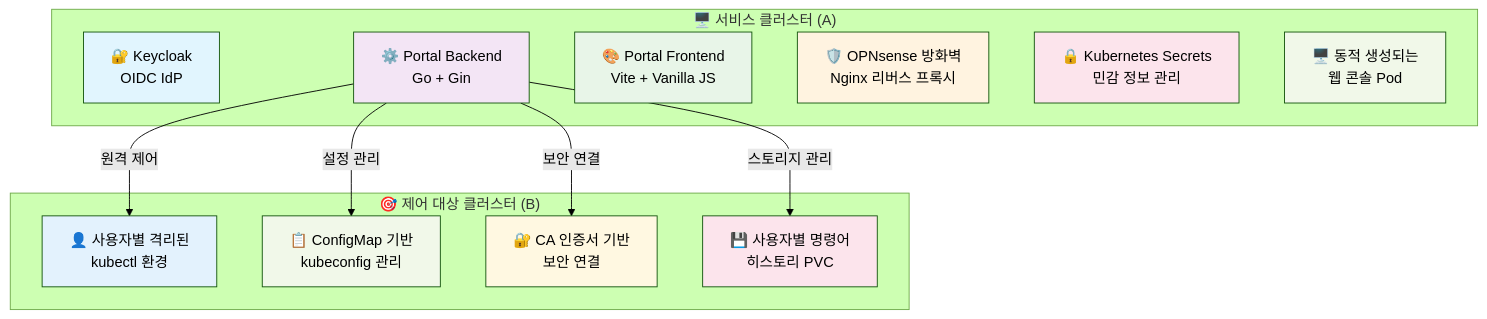
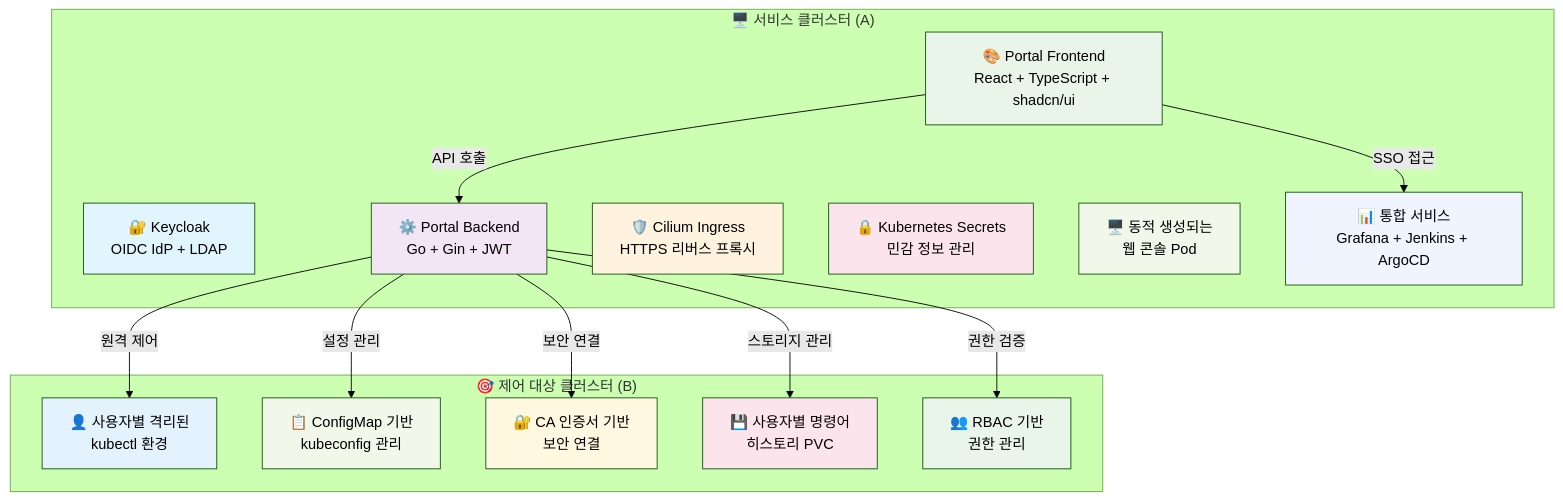
Before and after one commit to garlicKim21/user-portal: the first of 2 diagrams in README.md, drawn with Mermaid (forest theme). The commit also changed other lines of this file and 2 other files, not shown here.

````diff
--- a/README.md
+++ b/README.md
@@ -23,35 +23,42 @@
 ```mermaid
 graph TB
     subgraph "🖥️ 서비스 클러스터 (A)"
-        A1[🔐 Keycloak<br/>OIDC IdP]
-        A2[⚙️ Portal Backend<br/>Go + Gin]
-        A3[🎨 Portal Frontend<br/>Vite + Vanilla JS]
-        A4[🛡️ OPNsense 방화벽<br/>Nginx 리버스 프록시]
+        A1[🔐 Keycloak<br/>OIDC IdP + LDAP]
+        A2[⚙️ Portal Backend<br/>Go + Gin + JWT]
+        A3[🎨 Portal Frontend<br/>React + TypeScript + shadcn/ui]
+        A4[🛡️ Cilium Ingress<br/>HTTPS 리버스 프록시]
         A5[🔒 Kubernetes Secrets<br/>민감 정보 관리]
         A6[🖥️ 동적 생성되는<br/>웹 콘솔 Pod]
+        A7[📊 통합 서비스<br/>Grafana + Jenkins + ArgoCD]
     end
     
     subgraph "🎯 제어 대상 클러스터 (B)"
         B1[👤 사용자별 격리된<br/>kubectl 환경]
         B2[📋 ConfigMap 기반<br/>kubeconfig 관리]
         B3[🔐 CA 인증서 기반<br/>보안 연결]
         B4[💾 사용자별 명령어<br/>히스토리 PVC]
+        B5[👥 RBAC 기반<br/>권한 관리]
     end
     
     A2 -->|원격 제어| B1
     A2 -->|설정 관리| B2
     A2 -->|보안 연결| B3
     A2 -->|스토리지 관리| B4
+    A2 -->|권한 검증| B5
+    A3 -->|API 호출| A2
+    A3 -->|SSO 접근| A7
     
     style A1 fill:#e1f5fe
     style A2 fill:#f3e5f5
     style A3 fill:#e8f5e8
     style A4 fill:#fff3e0
     style A5 fill:#fce4ec
     style A6 fill:#f1f8e9
+    style A7 fill:#f0f4ff
     
     style B1 fill:#e3f2fd
     style B2 fill:#f1f8e9
     style B3 fill:#fff8e1
     style B4 fill:#fce4ec
+    style B5 fill:#e8f5e8
 ```
````
